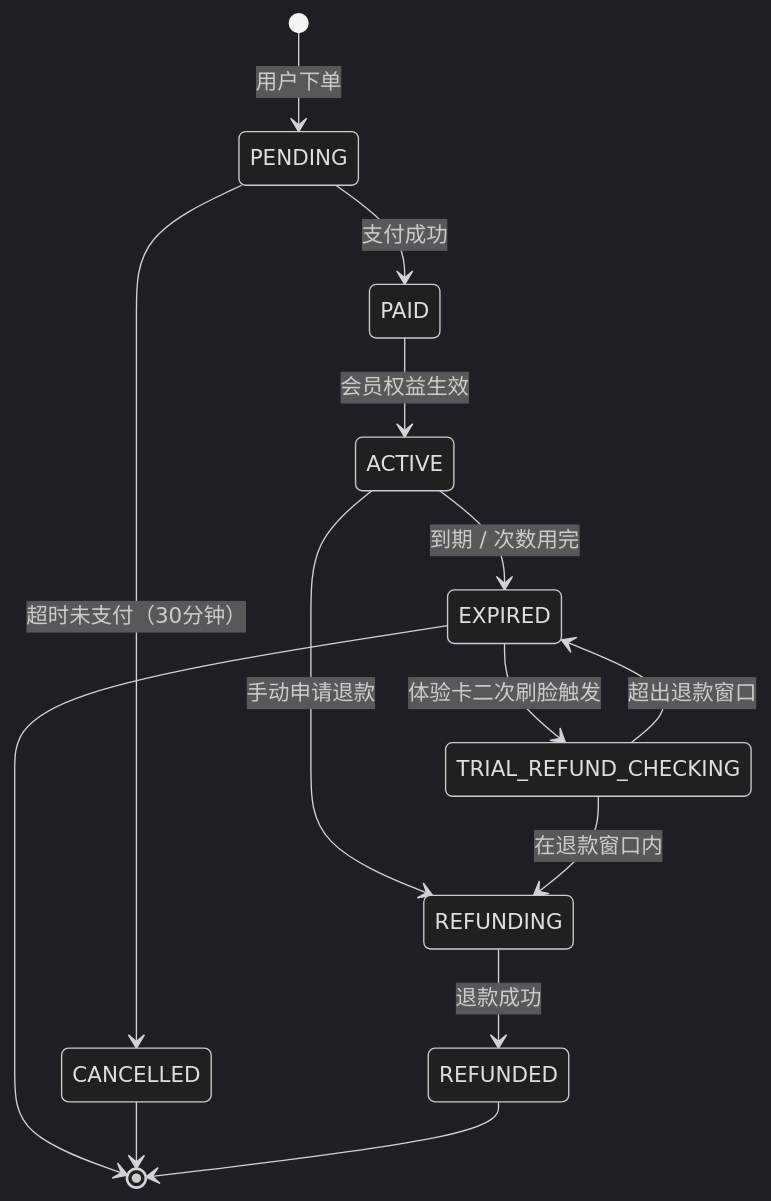
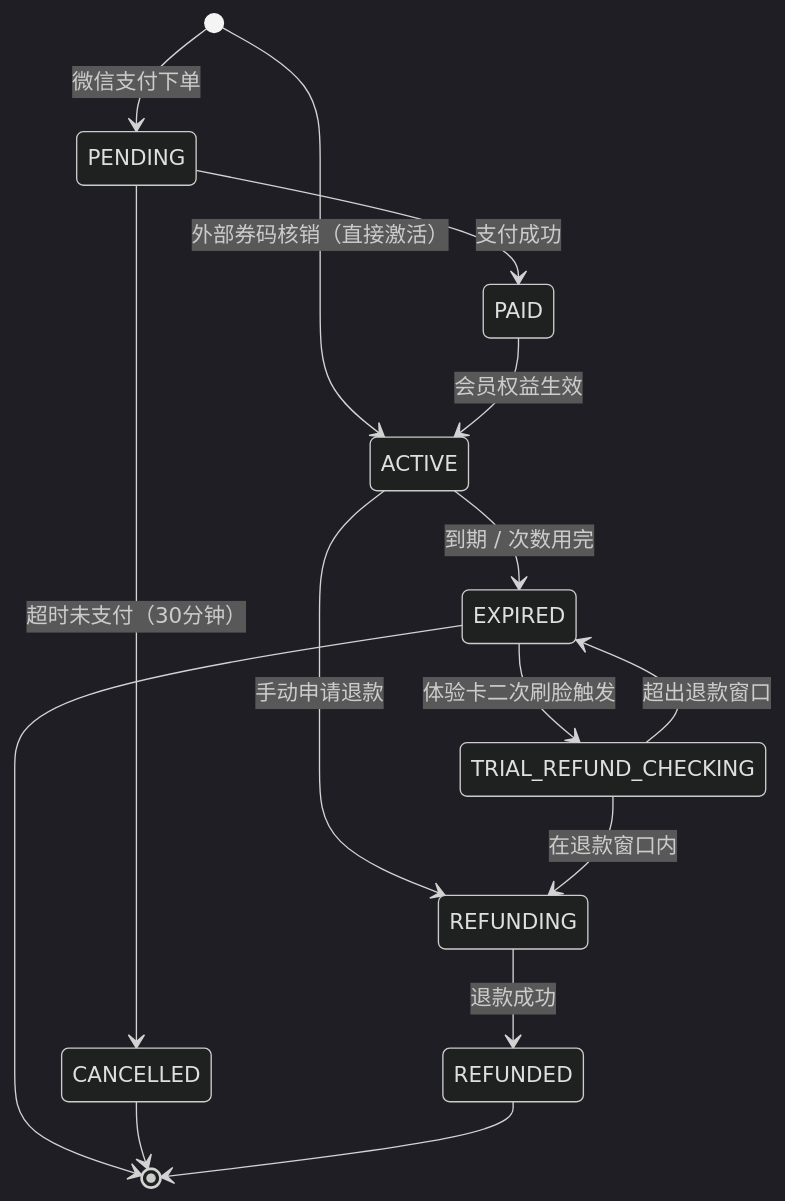
The first of 3 diagrams in docs/functional-systems/order-system.md (fitron-app/docs), drawn with Mermaid (dark theme) before and after one commit. The commit also changed other lines of this file and 4 other files, not shown here.

````diff
--- a/docs/functional-systems/order-system.md
+++ b/docs/functional-systems/order-system.md
@@ -10,16 +10,17 @@
 ```mermaid
 stateDiagram-v2
-    [*] --> PENDING : 用户下单
+    [*] --> PENDING : 微信支付下单
+    [*] --> ACTIVE : 外部券码核销（直接激活）
     PENDING --> PAID : 支付成功
     PENDING --> CANCELLED : 超时未支付（30分钟）
     PAID --> ACTIVE : 会员权益生效
     ACTIVE --> EXPIRED : 到期 / 次数用完
     ACTIVE --> REFUNDING : 手动申请退款
     EXPIRED --> TRIAL_REFUND_CHECKING : 体验卡二次刷脸触发
     TRIAL_REFUND_CHECKING --> REFUNDING : 在退款窗口内
     TRIAL_REFUND_CHECKING --> EXPIRED : 超出退款窗口
     REFUNDING --> REFUNDED : 退款成功
     EXPIRED --> [*]
     CANCELLED --> [*]
     REFUNDED --> [*]
 ```
````
